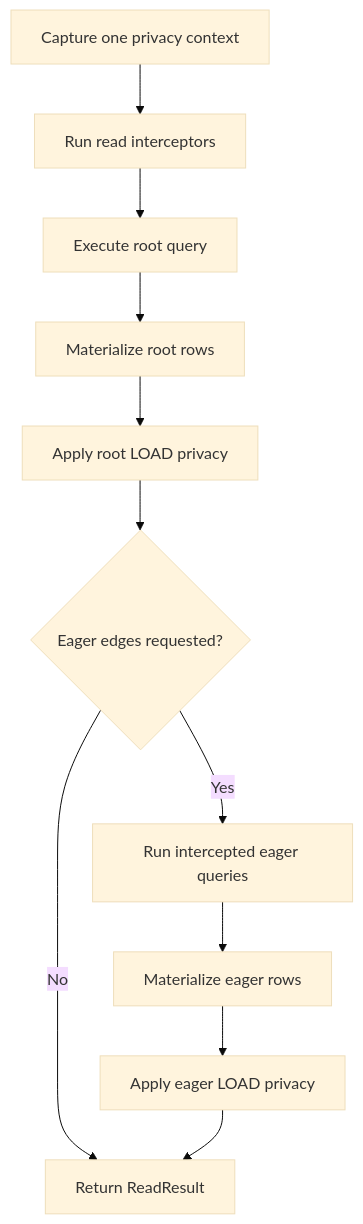
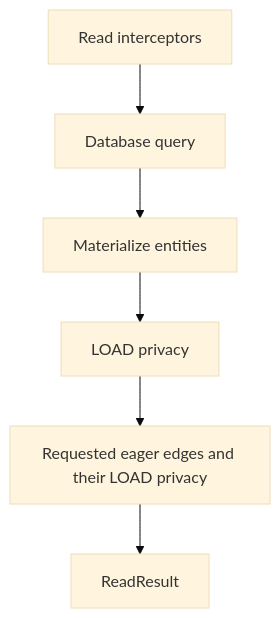
The first of 4 diagrams in docs/operation-lifecycle.md (CaseyMcGuire/EntKt), drawn with Mermaid (base theme) before and after one commit. The commit also changed other lines of this file, not shown here.

````diff
--- a/docs/operation-lifecycle.md
+++ b/docs/operation-lifecycle.md
@@ -70,13 +92,8 @@
 ```mermaid
 flowchart TD
-    context["Capture one privacy context"] --> interceptors["Run read interceptors"]
-    interceptors --> query["Execute root query"]
-    query --> materialize["Materialize root rows"]
-    materialize --> rootPrivacy["Apply root LOAD privacy"]
-    rootPrivacy --> eager{"Eager edges requested?"}
-    eager -- No --> result["Return ReadResult"]
-    eager -- Yes --> eagerQuery["Run intercepted eager queries"]
-    eagerQuery --> eagerRows["Materialize eager rows"]
-    eagerRows --> eagerPrivacy["Apply eager LOAD privacy"]
-    eagerPrivacy --> result
+    interceptor["Read interceptors"] --> query["Database query"]
+    query --> materialize["Materialize entities"]
+    materialize --> privacy["LOAD privacy"]
+    privacy --> eager["Requested eager edges and their LOAD privacy"]
+    eager --> result["ReadResult"]
 ```
````
